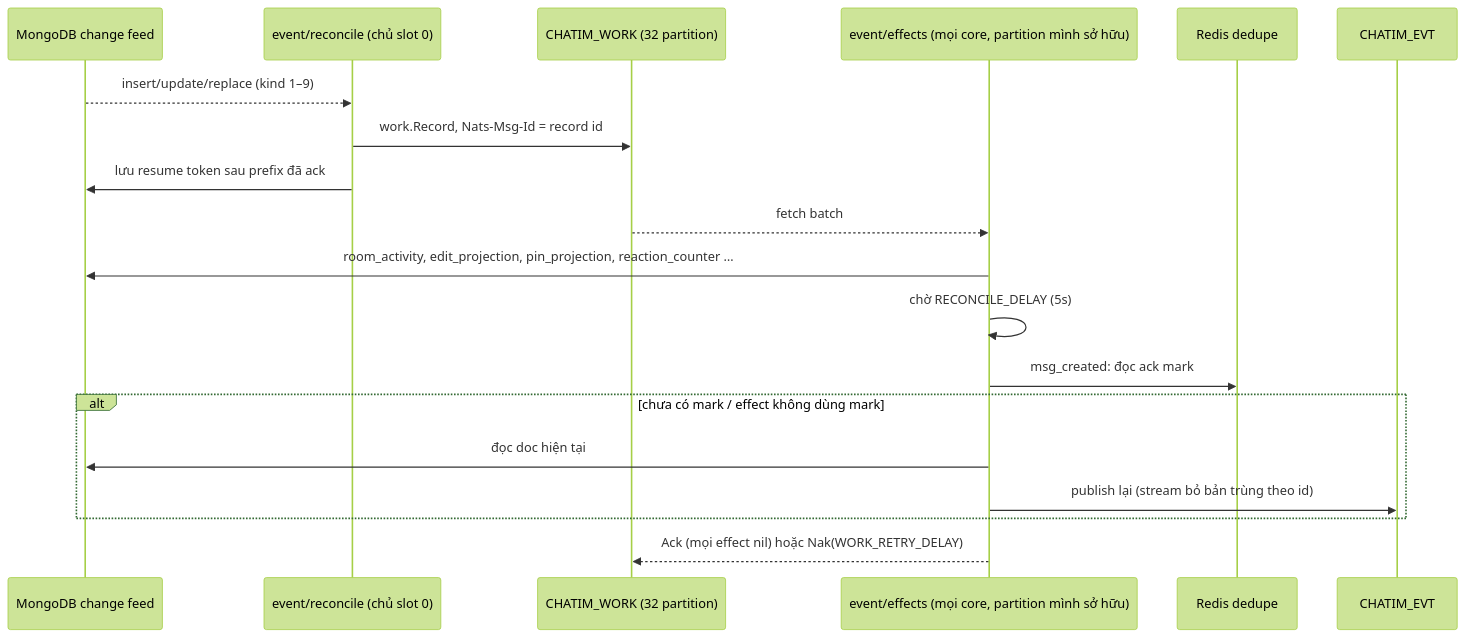
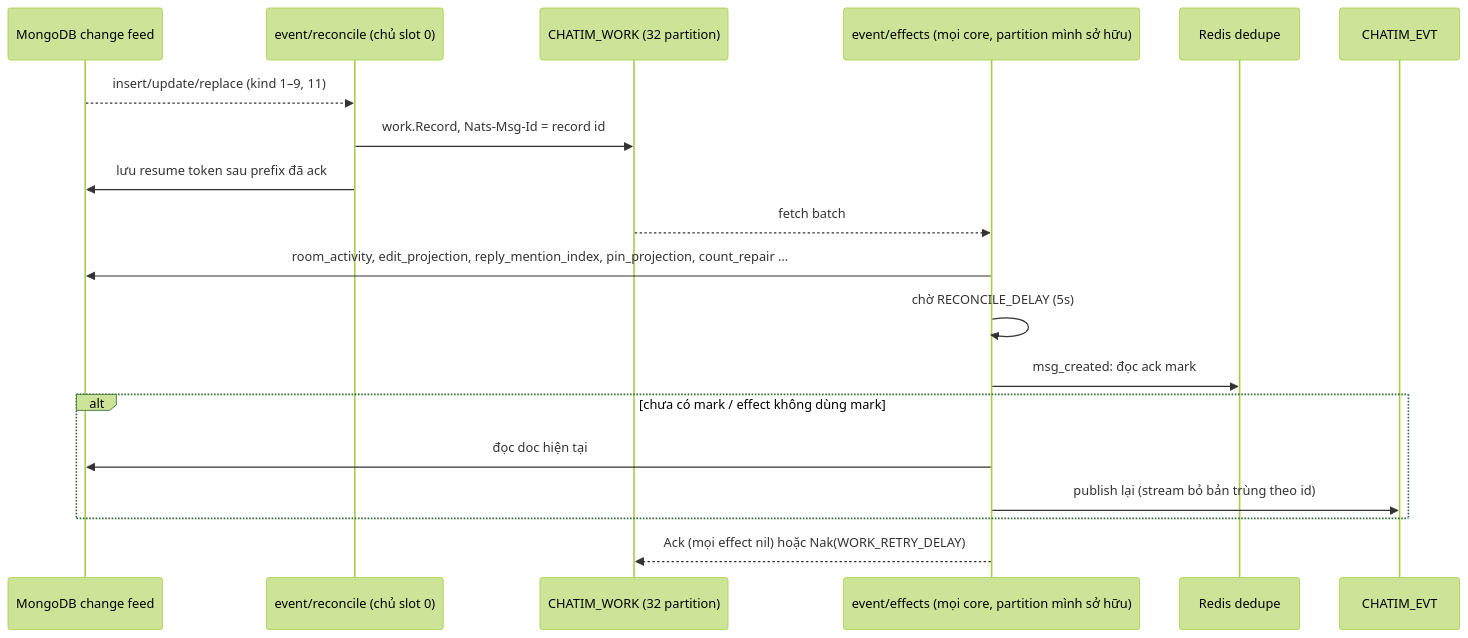
Before and after one commit to ivannguyendev/chatim: the fifth of 6 diagrams in docs/designs/2026-10-04-chat-architecture-components.md, drawn with Mermaid (forest theme). The commit also changed other lines of this file and 6 other files, not shown here.

````diff
--- a/docs/designs/2026-10-04-chat-architecture-components.md
+++ b/docs/designs/2026-10-04-chat-architecture-components.md
@@ -192,22 +191,22 @@
 ```mermaid
 sequenceDiagram
     participant DB as MongoDB change feed
     participant Rd as event/reconcile (chủ slot 0)
     participant W as CHATIM_WORK (32 partition)
     participant E as event/effects (mọi core, partition mình sở hữu)
     participant R as Redis dedupe
     participant N as CHATIM_EVT
 
-    DB-->>Rd: insert/update/replace (kind 1–9)
+    DB-->>Rd: insert/update/replace (kind 1–9, 11)
     Rd->>W: work.Record, Nats-Msg-Id = record id
     Rd->>DB: lưu resume token sau prefix đã ack
     W-->>E: fetch batch
-    E->>DB: room_activity, edit_projection, pin_projection, reaction_counter …
+    E->>DB: room_activity, edit_projection, reply_mention_index, pin_projection, count_repair …
     E->>E: chờ RECONCILE_DELAY (5s)
     E->>R: msg_created: đọc ack mark
     alt chưa có mark / effect không dùng mark
         E->>DB: đọc doc hiện tại
         E->>N: publish lại (stream bỏ bản trùng theo id)
     end
     E-->>W: Ack (mọi effect nil) hoặc Nak(WORK_RETRY_DELAY)
 ```
````
